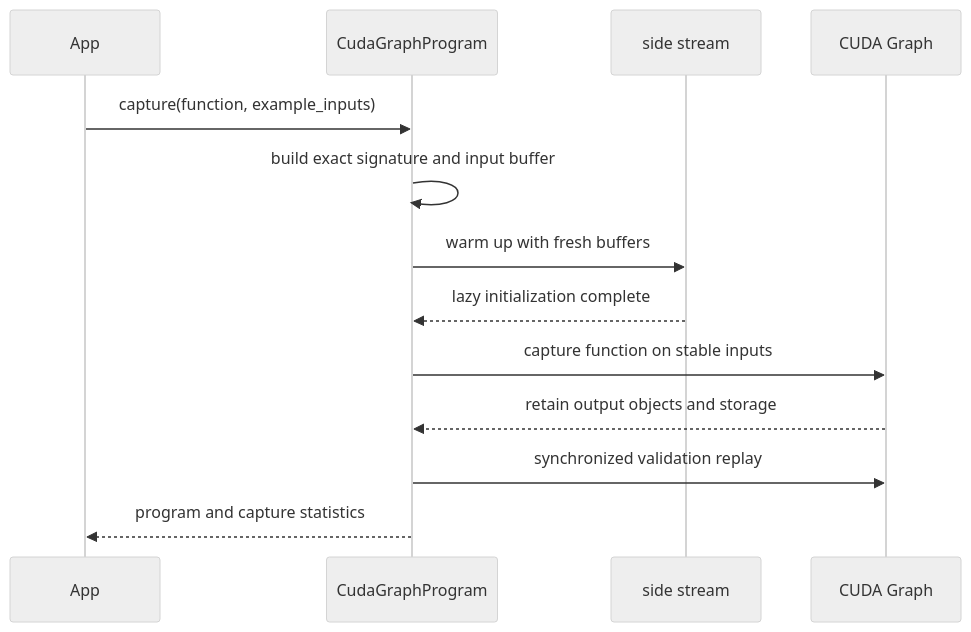
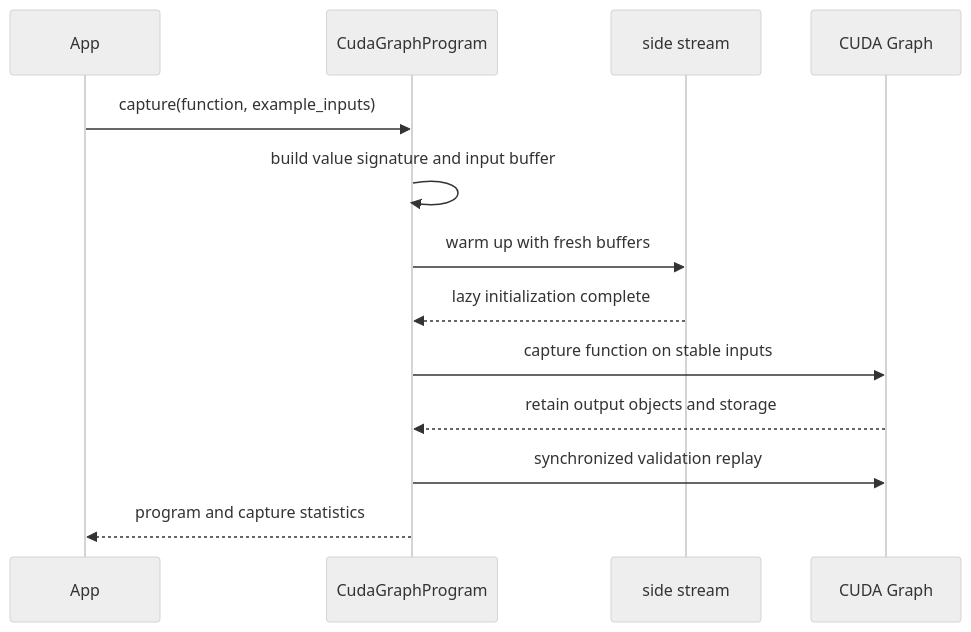
One commit to visualDust/fhelium changed the second of 5 diagrams in docs/concepts/execution/cuda-graph-model.md. Above: the diagram before and after it, drawn with Mermaid (neutral theme). The commit also changed other lines of this file and 222 other files, not shown here.

````diff
--- a/docs/concepts/execution/cuda-graph-model.md
+++ b/docs/concepts/execution/cuda-graph-model.md
@@ -38,16 +38,16 @@
 ```mermaid
 sequenceDiagram
     participant App
     participant Program as CudaGraphProgram
     participant Side as side stream
     participant Graph as CUDA Graph
 
     App->>Program: capture(function, example_inputs)
-    Program->>Program: build exact signature and input buffer
+    Program->>Program: build value signature and input buffer
     Program->>Side: warm up with fresh buffers
     Side-->>Program: lazy initialization complete
     Program->>Graph: capture function on stable inputs
     Graph-->>Program: retain output objects and storage
     Program->>Graph: synchronized validation replay
     Program-->>App: program and capture statistics
 ```
````
